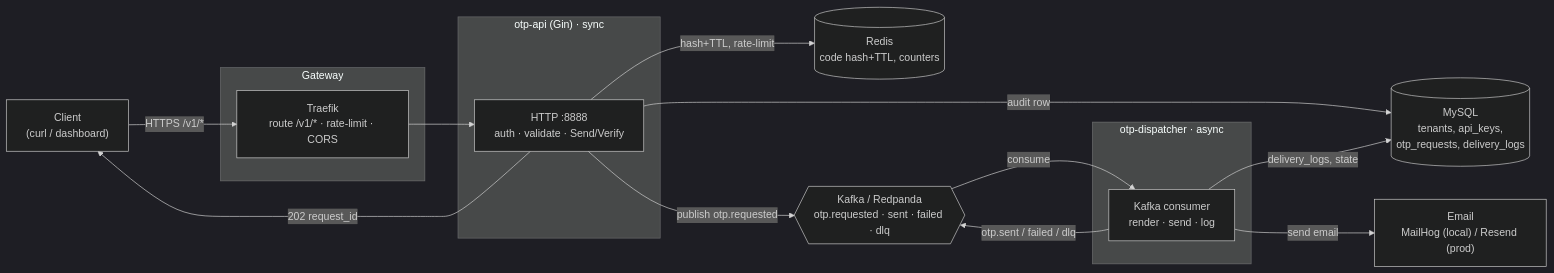
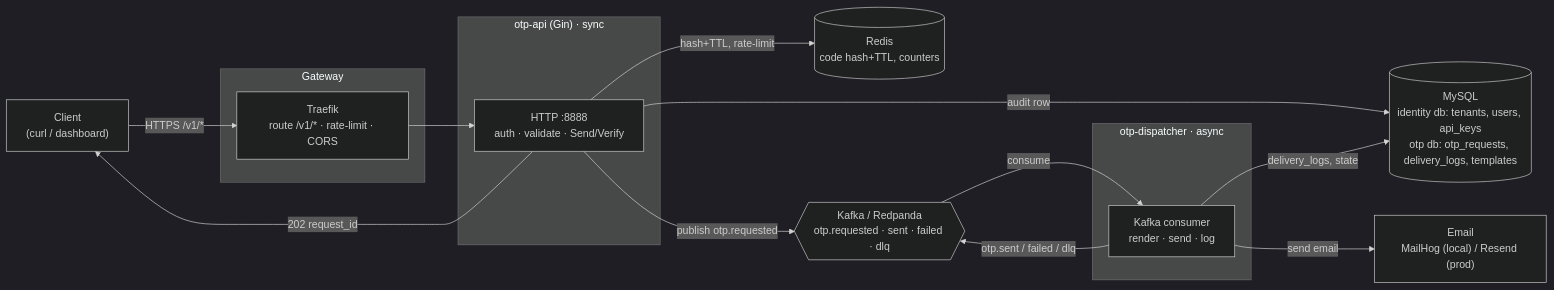
Before and after one commit to DiiKhanh/worklane: the first of 6 diagrams in docs/architecture.md, drawn with Mermaid (dark theme). The commit also changed other lines of this file and 2 other files, not shown here.

Commit message:
docs: mark identity/OTP split (M2) complete

````diff
--- a/docs/architecture.md
+++ b/docs/architecture.md
@@ -15,31 +15,31 @@
 ```mermaid
 flowchart LR
     Client["Client<br/>(curl / dashboard)"]
 
     subgraph edge["Gateway"]
         Traefik["Traefik<br/>route /v1/* · rate-limit · CORS"]
     end
 
     subgraph api["otp-api (Gin) · sync"]
         API["HTTP :8888<br/>auth · validate · Send/Verify"]
     end
 
     subgraph disp["otp-dispatcher · async"]
         DISP["Kafka consumer<br/>render · send · log"]
     end
 
     Redis[("Redis<br/>code hash+TTL, counters")]
-    MySQL[("MySQL<br/>tenants, api_keys,<br/>otp_requests, delivery_logs")]
+    MySQL[("MySQL<br/>identity db: tenants, users, api_keys<br/>otp db: otp_requests, delivery_logs, templates")]
     Kafka{{"Kafka / Redpanda<br/>otp.requested · sent · failed · dlq"}}
     Mail["Email<br/>MailHog (local) / Resend (prod)"]
 
     Client -->|"HTTPS /v1/*"| Traefik --> API
     API -->|"hash+TTL, rate-limit"| Redis
     API -->|"audit row"| MySQL
     API -->|"publish otp.requested"| Kafka
     Kafka -->|"consume"| DISP
     DISP -->|"send email"| Mail
     DISP -->|"delivery_logs, state"| MySQL
     DISP -->|"otp.sent / failed / dlq"| Kafka
     API -->|"202 request_id"| Client
 ```
````
